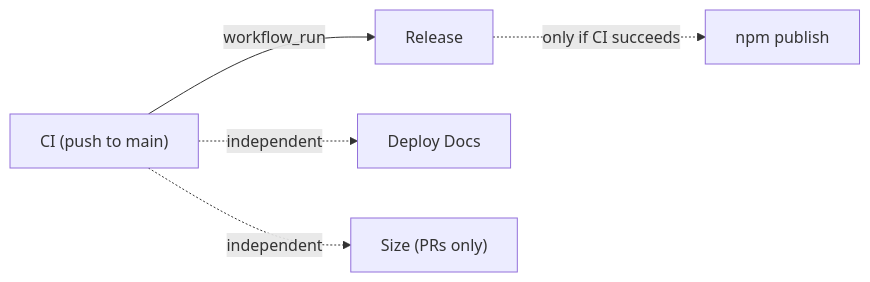
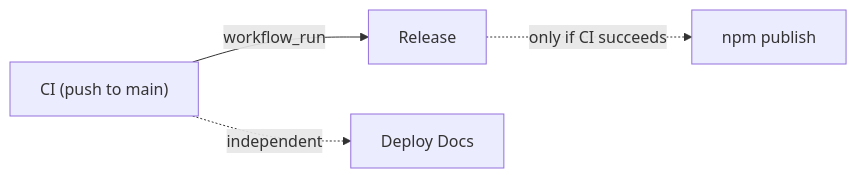
One commit to thejustinwalsh/three-flatland changed the second of 2 diagrams in .github/workflows/README.md. Above: the diagram before and after it, drawn with Mermaid. The commit also changed other lines of this file, not shown here.

First line of the commit message:
ci: rewrite workflows README for new architecture

````diff
--- a/.github/workflows/README.md
+++ b/.github/workflows/README.md
@@ -121,7 +89,6 @@
 ```mermaid
 graph LR
     CI["CI (push to main)"] -->|workflow_run| Release
     Release -.->|"only if CI succeeds"| NPM["npm publish"]
     CI -.->|"independent"| Docs["Deploy Docs"]
-    CI -.->|"independent"| Size["Size (PRs only)"]
 ```
````
